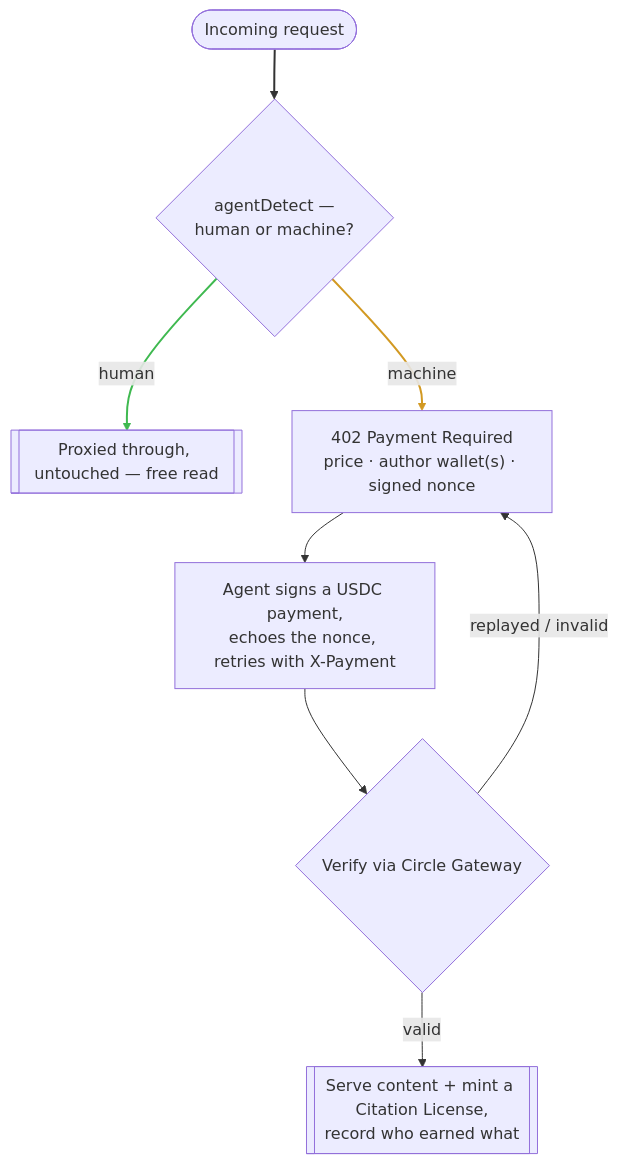
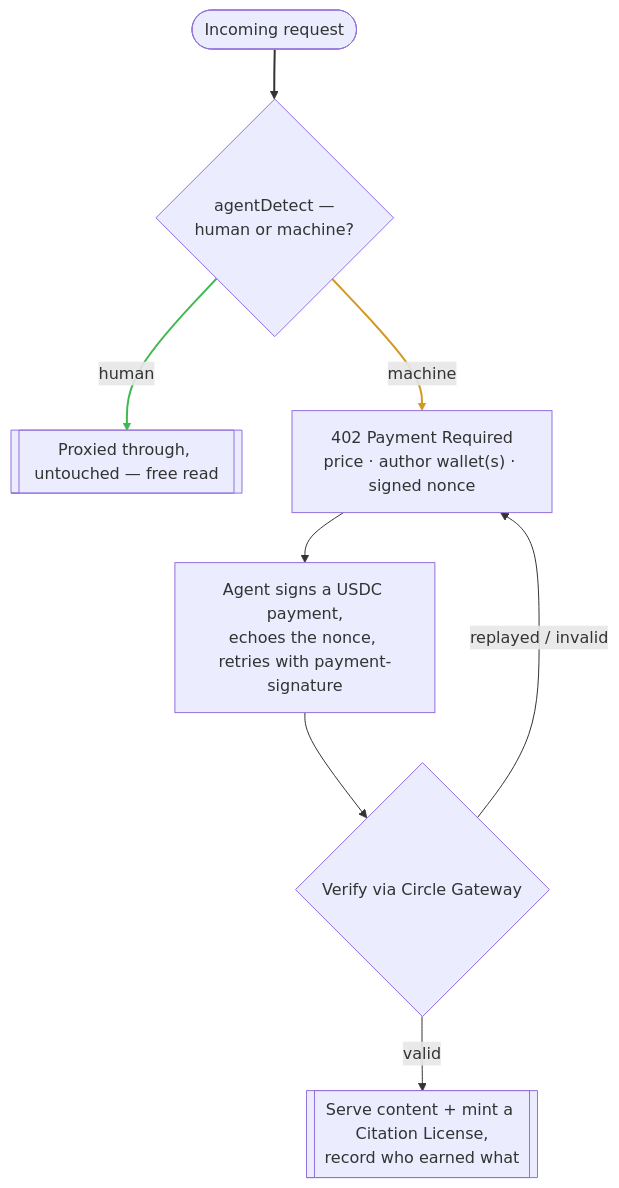
One commit to naulonapp/naulon changed the first of 4 diagrams in README.md. Above: the diagram before and after it, drawn with Mermaid. The commit also changed other lines of this file and 2 other files, not shown here.

````diff
--- a/README.md
+++ b/README.md
@@ -35,14 +35,14 @@
 ```mermaid
 flowchart TD
     Req([Incoming request]) --> Cls{"agentDetect —<br/>human or machine?"}
     Cls -->|human| Free[["Proxied through, untouched — free read"]]
     Cls -->|machine| Bill["402 Payment Required<br/>price · author wallet(s) · signed nonce"]
-    Bill --> Sign["Agent signs a USDC payment,<br/>echoes the nonce, retries with X-Payment"]
+    Bill --> Sign["Agent signs a USDC payment,<br/>echoes the nonce, retries with payment-signature"]
     Sign --> Verify{"Verify via Circle Gateway"}
     Verify -->|valid| Serve[["Serve content + mint a Citation License,<br/>record who earned what"]]
     Verify -->|replayed / invalid| Bill
 
     linkStyle 0 stroke-width:2px
     linkStyle 1 stroke:#3fb950,stroke-width:2px
     linkStyle 2 stroke:#d29922,stroke-width:2px
 ```
````
